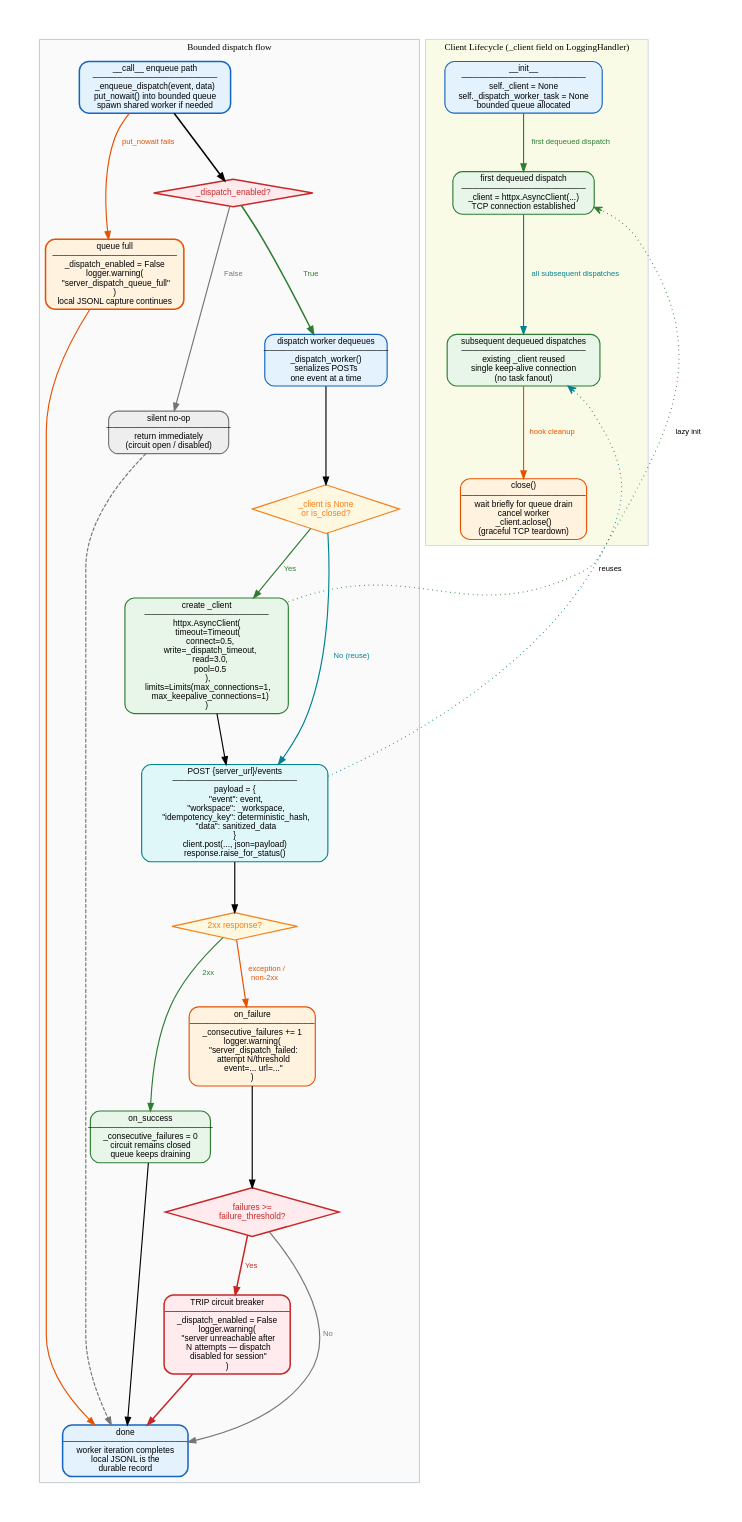
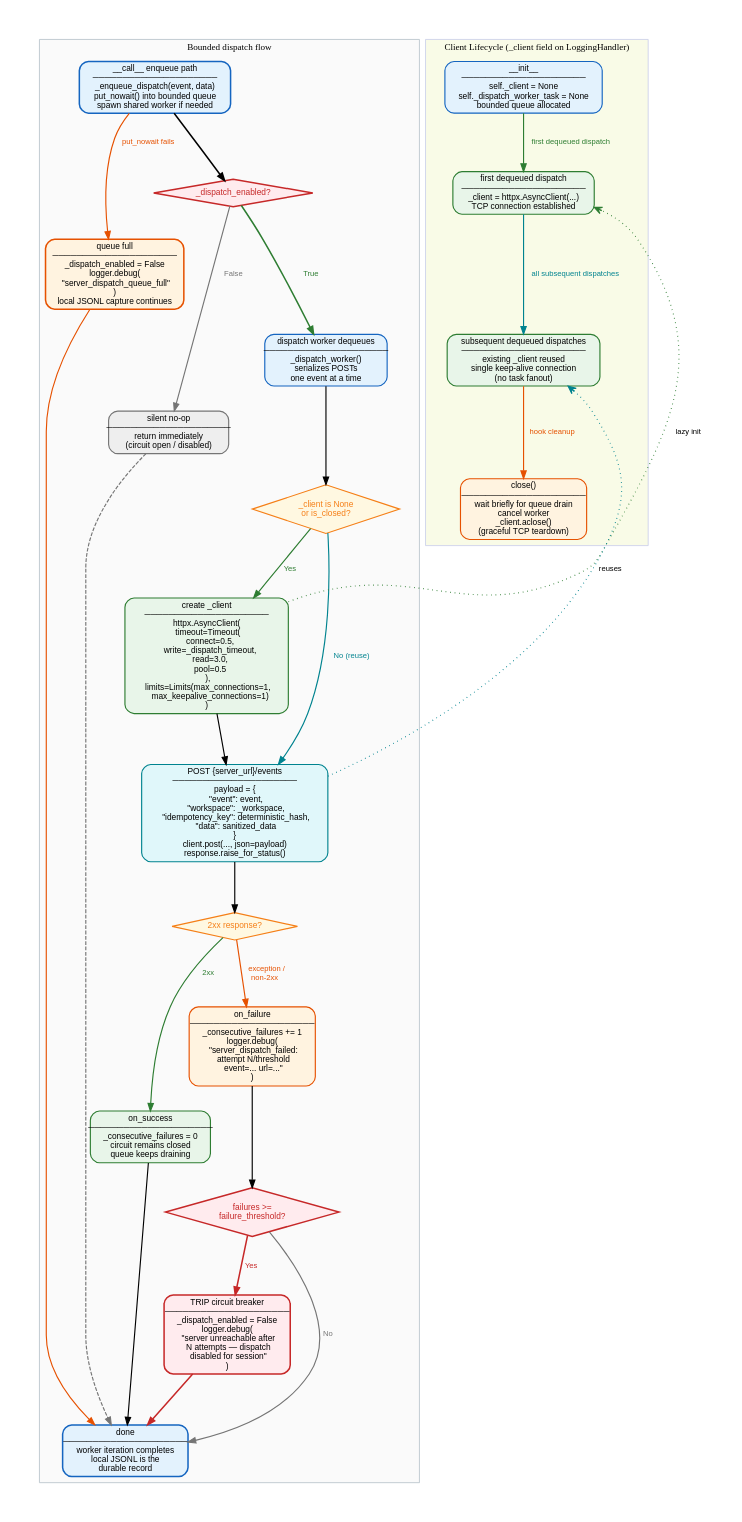
Before and after one commit to microsoft/amplifier-bundle-context-intelligence: the diagram in docs/dispatch-circuit-breaker.dot, drawn with Graphviz. The commit also changed 9 other files, not shown here.

```diff
--- a/docs/dispatch-circuit-breaker.dot
+++ b/docs/dispatch-circuit-breaker.dot
@@ -44,7 +44,7 @@
         ];
 
         queue_full [
-            label="queue full\n─────────────────────\n_dispatch_enabled = False\nlogger.warning(\n  \"server_dispatch_queue_full\"\n)\nlocal JSONL capture continues",
+            label="queue full\n─────────────────────\n_dispatch_enabled = False\nlogger.debug(\n  \"server_dispatch_queue_full\"\n)\nlocal JSONL capture continues",
             fillcolor="#FFF3E0",
             color="#E65100"
         ];
@@ -113,7 +113,7 @@
         ];
 
         on_failure [
-            label="on_failure\n─────────────────────\n_consecutive_failures += 1\nlogger.warning(\n  \"server_dispatch_failed:\n  attempt N/threshold\n  event=... url=...\"\n)",
+            label="on_failure\n─────────────────────\n_consecutive_failures += 1\nlogger.debug(\n  \"server_dispatch_failed:\n  attempt N/threshold\n  event=... url=...\"\n)",
             fillcolor="#FFF3E0",
             color="#E65100"
         ];
@@ -130,7 +130,7 @@
         node [shape=box, style="rounded,filled", penwidth=2];
 
         trip [
-            label="TRIP circuit breaker\n─────────────────────\n_dispatch_enabled = False\nlogger.warning(\n  \"server unreachable after\n  N attempts — dispatch\n  disabled for session\"\n)",
+            label="TRIP circuit breaker\n─────────────────────\n_dispatch_enabled = False\nlogger.debug(\n  \"server unreachable after\n  N attempts — dispatch\n  disabled for session\"\n)",
             fillcolor="#FFEBEE",
             color="#C62828"
         ];
```
